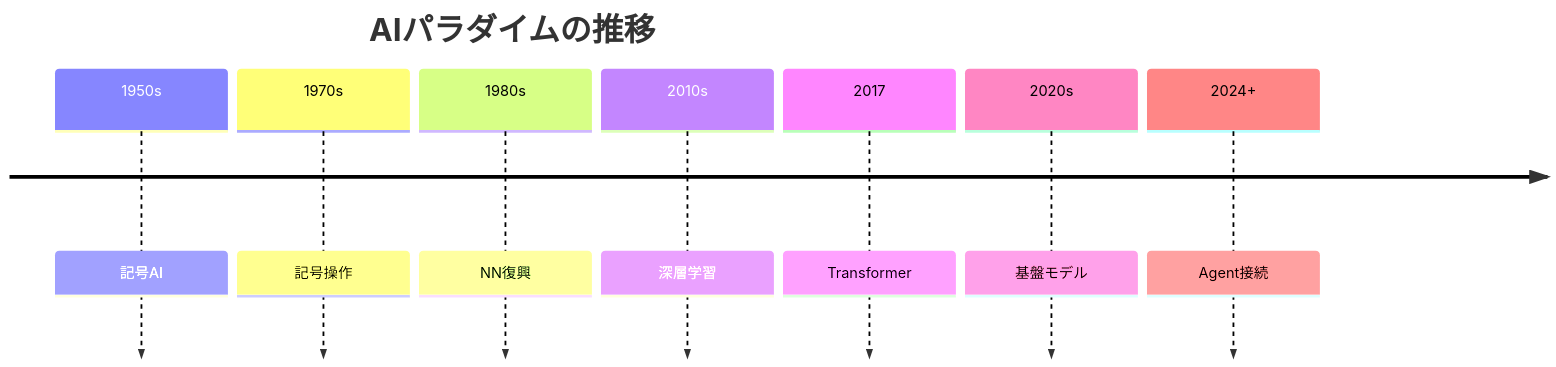
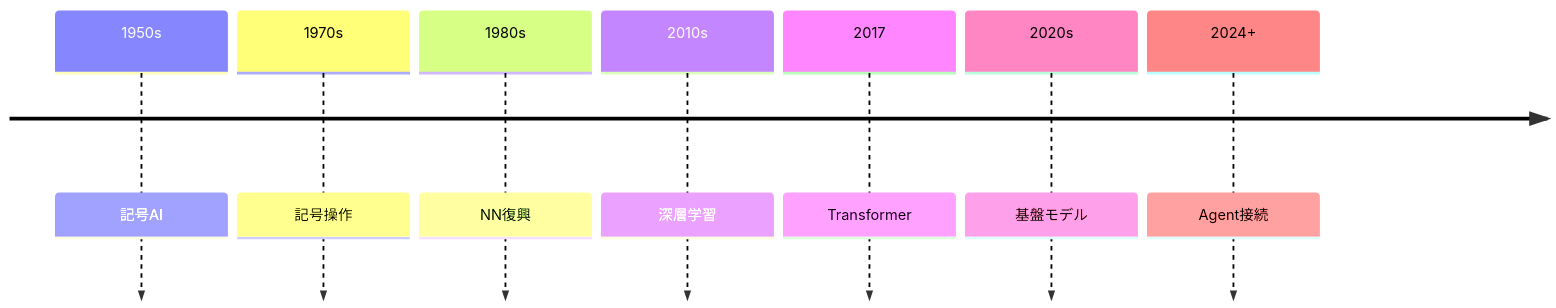
One commit to daylight55/research changed the second of 13 diagrams in articles/report/ai-llm-ontology-memory/ja/index.mdx. Above: the diagram before and after it, drawn with Mermaid. The commit also changed other lines of this file and 181 other files, not shown here.

First line of the commit message:
全記事の図解368点を再生成し、共通注意書きを削除 (#402)

````diff
--- a/articles/report/ai-llm-ontology-memory/ja/index.mdx
+++ b/articles/report/ai-llm-ontology-memory/ja/index.mdx
@@ -68,11 +76,14 @@
 ```mermaid
 timeline
-  title AIパラダイムの推移
+  accTitle: 記号AIから外部接続するエージェントへ
+  accDescr: 手法は単純に置き換わったのではなく併存している。記号表現、学習、外部接続の節目を時系列で示す。
+  accTitle: 記号AIから外部接続するエージェントへ
+  accDescr: 手法は単純に置き換わったのではなく併存している。記号表現、学習、外部接続の節目を時系列で示す。
   1950s : 記号AI
   1970s : 記号操作
   1980s : NN復興
   2010s : 深層学習
   2017 : Transformer
   2020s : 基盤モデル
   2024+ : Agent接続
 ```
````
